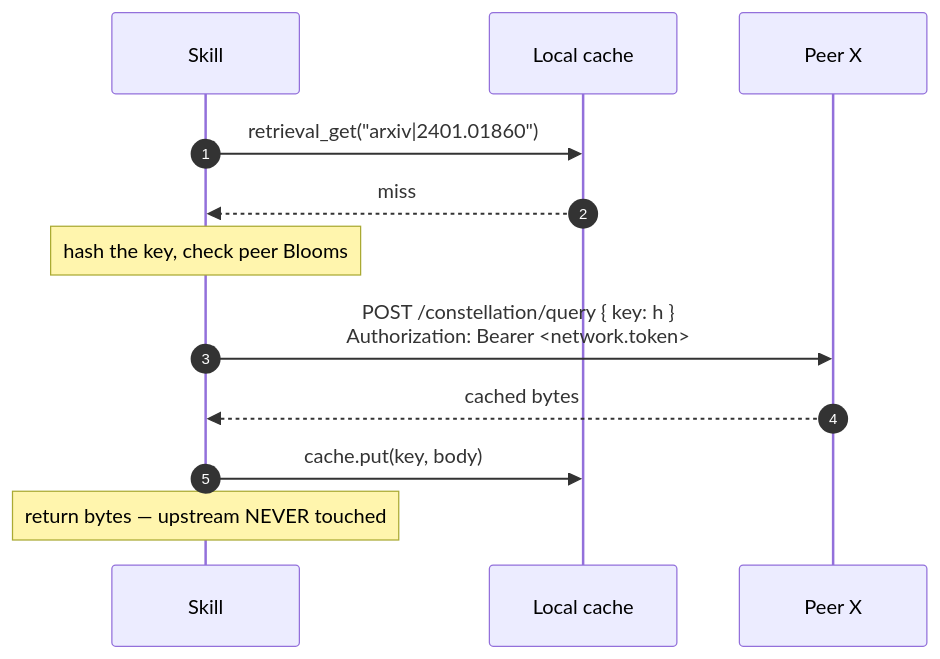
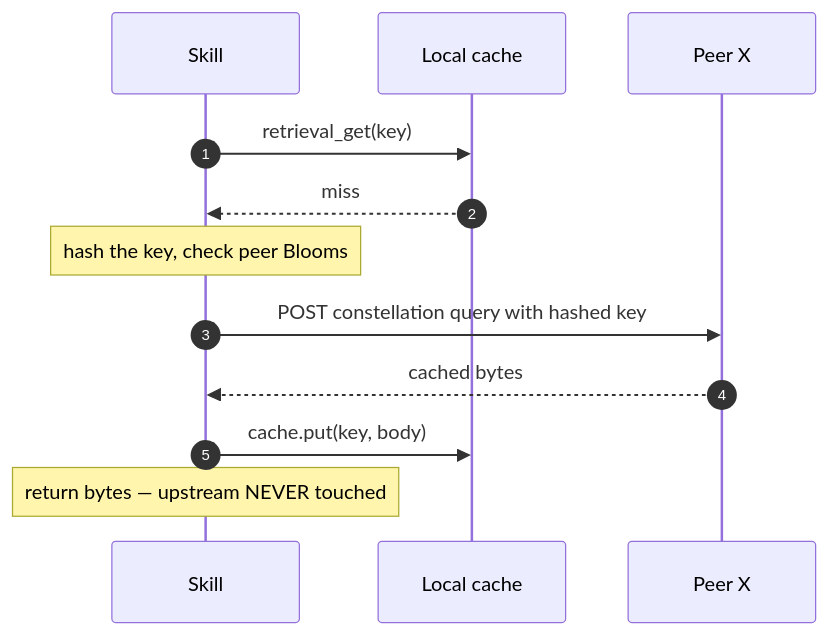
One commit to elyerinfox/lodestone-mcp changed the second of 10 diagrams in docs/constellation.md. Above: the diagram before and after it, drawn with Mermaid. The commit also changed other lines of this file, not shown here.

First line of the commit message:
constellation: scrub remaining Mermaid parse hazards in Path F/G

````diff
--- a/docs/constellation.md
+++ b/docs/constellation.md
@@ -186,14 +186,14 @@
 ```mermaid
 sequenceDiagram
     autonumber
     participant S as Skill
     participant L as Local cache
     participant P as Peer X
-    S->>L: retrieval_get("arxiv|2401.01860")
+    S->>L: retrieval_get(key)
     L-->>S: miss
     Note over S: hash the key, check peer Blooms
-    S->>P: POST /constellation/query { key: h }<br/>Authorization: Bearer <network.token>
+    S->>P: POST constellation query with hashed key
     P-->>S: cached bytes
     S->>L: cache.put(key, body)
     Note over S: return bytes — upstream NEVER touched
 ```
````
